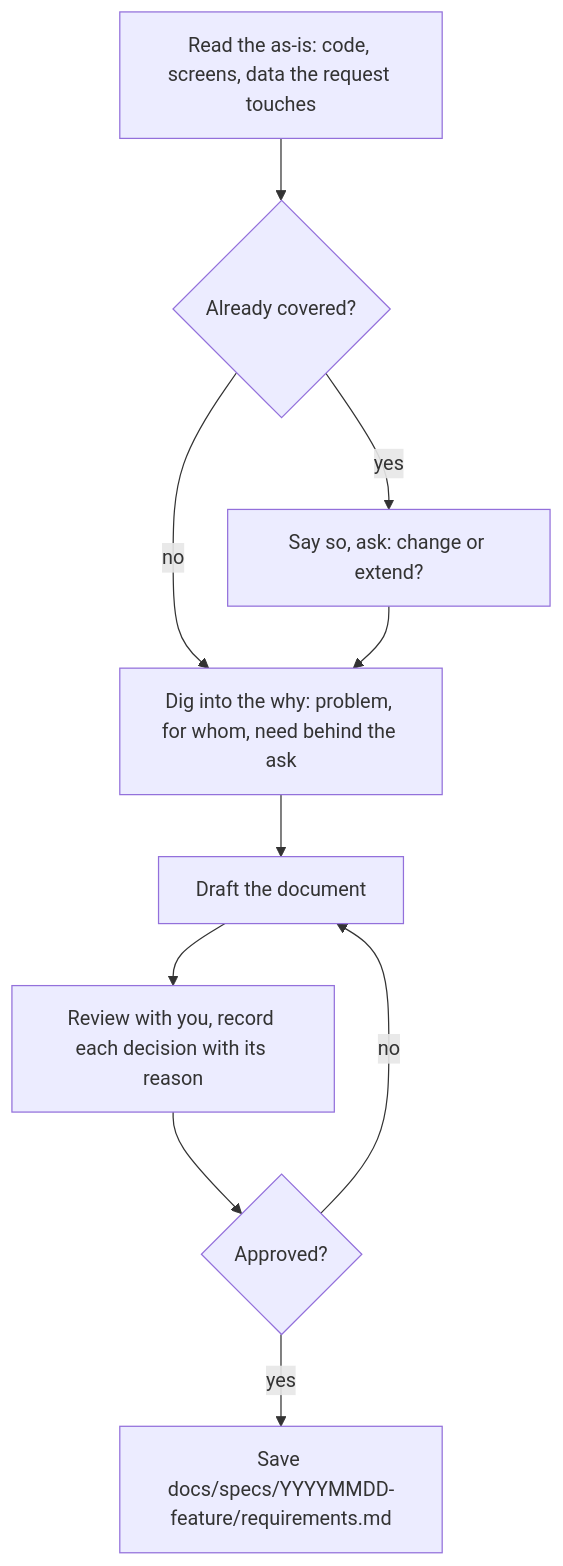
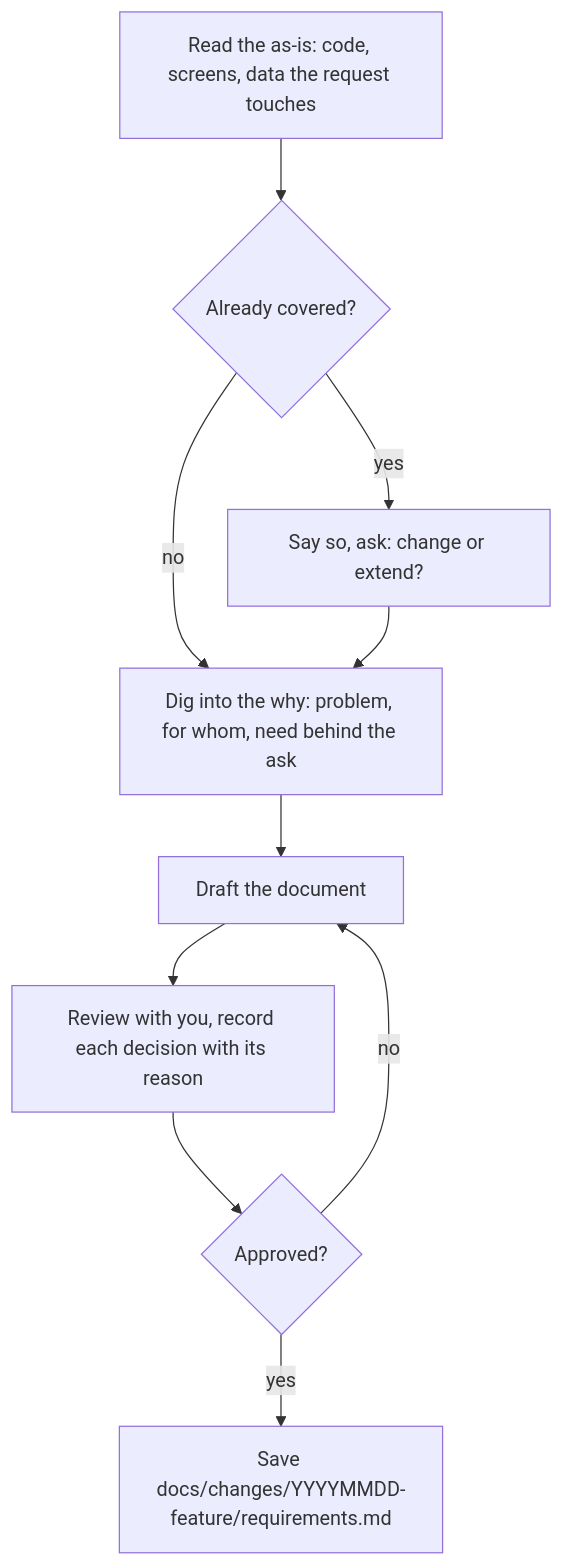
One commit to syakoo/sdf-skills changed the first of 3 diagrams in README.md. Above: the diagram before and after it, drawn with Mermaid. The commit also changed other lines of this file and 2 other files, not shown here.

First line of the commit message:
feat: save sdf documents under docs/changes by default

````diff
--- a/README.md
+++ b/README.md
@@ -31,12 +31,12 @@
 ```mermaid
 flowchart TD
   A["Read the as-is: code, screens, data the request touches"] --> B{"Already covered?"}
   B -- yes --> C["Say so, ask: change or extend?"]
   B -- no --> D["Dig into the why: problem, for whom, need behind the ask"]
   C --> D
   D --> E["Draft the document"]
   E --> F["Review with you, record each decision with its reason"]
   F --> G{"Approved?"}
   G -- no --> E
-  G -- yes --> H["Save docs/specs/YYYYMMDD-feature/requirements.md"]
+  G -- yes --> H["Save docs/changes/YYYYMMDD-feature/requirements.md"]
 ```
````
